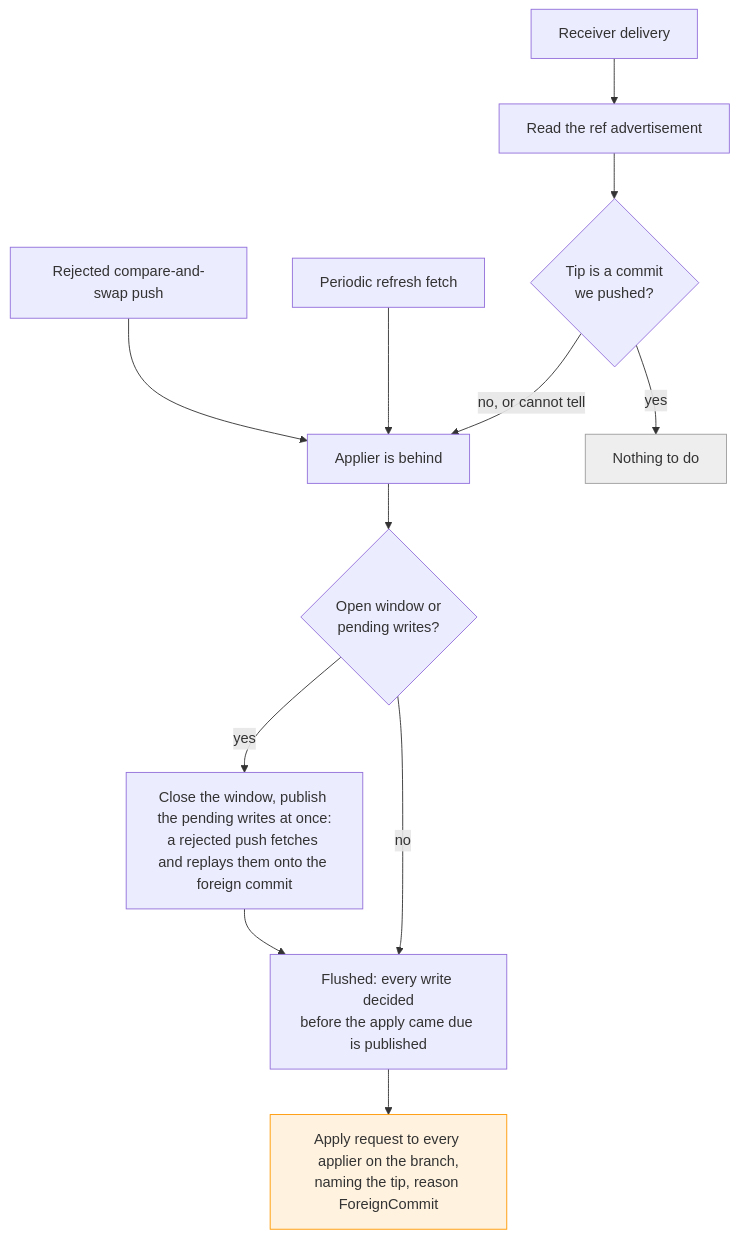
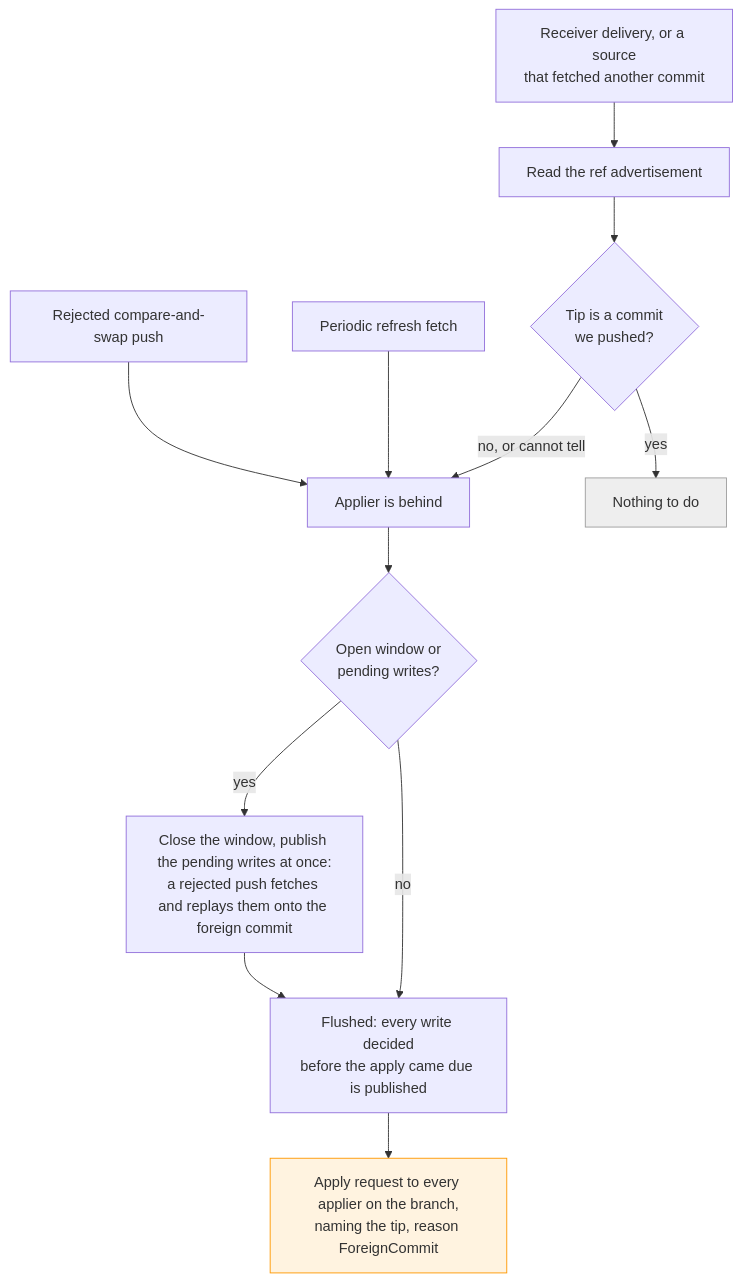
One commit to ConfigButler/gitops-reverser changed the fifth of 6 diagrams in docs/architecture.md. Above: the diagram before and after it, drawn with Mermaid. The commit also changed other lines of this file and 46 other files, not shown here.

````diff
--- a/docs/architecture.md
+++ b/docs/architecture.md
@@ -670,17 +675,17 @@
 ```mermaid
 flowchart TD
-    HINT["Receiver delivery"] --> ADV["Read the ref advertisement"]
+    HINT["Receiver delivery, or a source<br/>that fetched another commit"] --> ADV["Read the ref advertisement"]
     REJECT["Rejected compare-and-swap push"] --> SEEN
     REFRESH["Periodic refresh fetch"] --> SEEN
     ADV --> OURS{"Tip is a commit<br/>we pushed?"}
     OURS -->|yes| DROP["Nothing to do"]
     OURS -->|"no, or cannot tell"| SEEN["Applier is behind"]
     SEEN --> PENDING{"Open window or<br/>pending writes?"}
     PENDING -->|yes| FLUSH["Close the window, publish the pending writes at once:<br/>a rejected push fetches and replays them onto the foreign commit"]
     FLUSH --> FLUSHED
     PENDING -->|no| FLUSHED["Flushed: every write decided<br/>before the apply came due is published"]
     FLUSHED --> REQ["Apply request to every applier on the branch,<br/>naming the tip, reason ForeignCommit"]
 
     style DROP fill:#eeeeee,stroke:#9e9e9e
     style REQ fill:#fff3e0,stroke:#ff9800
 ```
````
